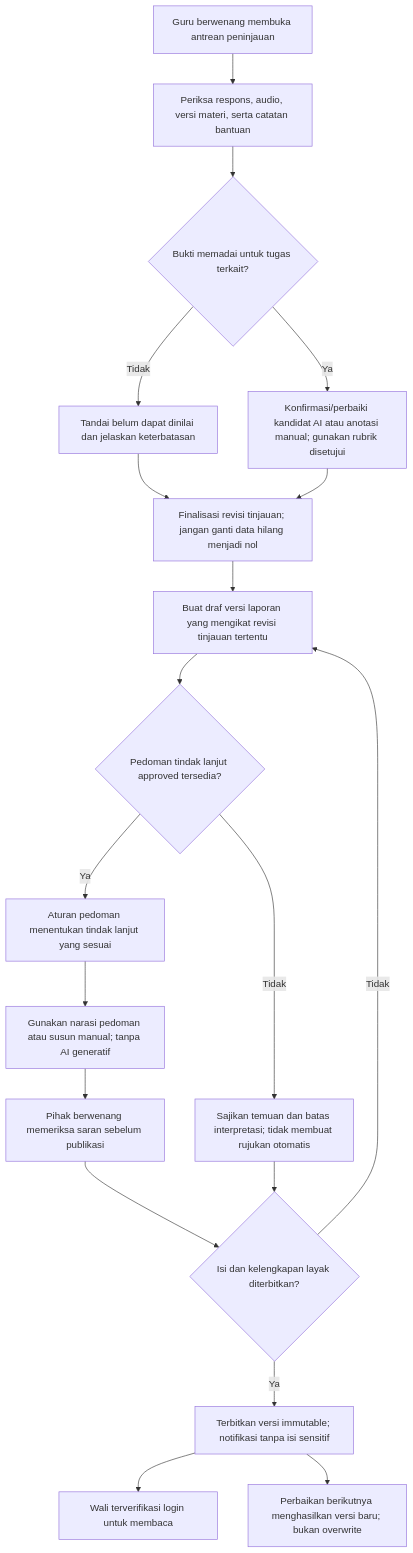
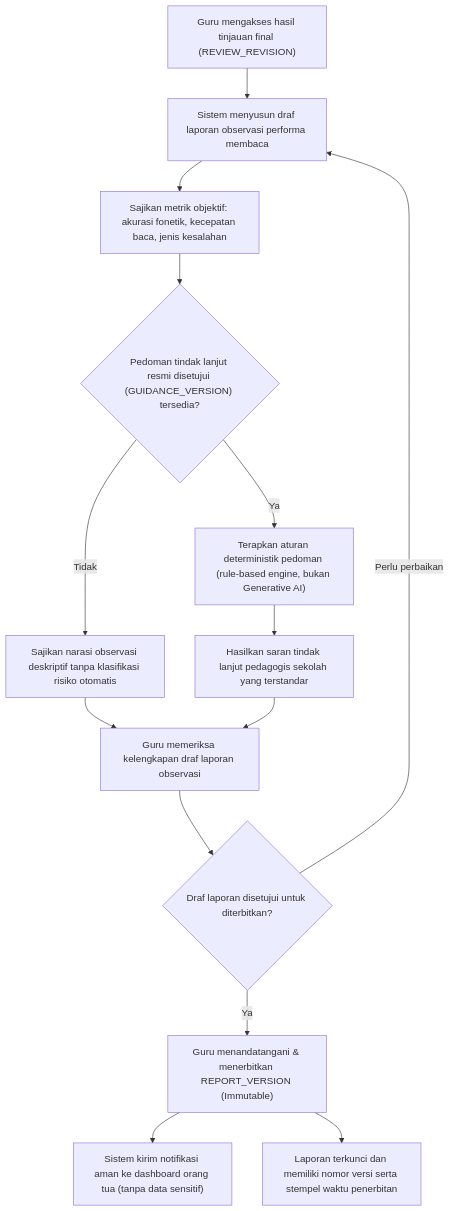
The fourth of 6 diagrams in Docs/Dyscovery-Workflow.md (jajakiman/Dyscovery), drawn with Mermaid before and after one commit. The commit also changed other lines of this file and 3 other files, not shown here.

Commit message:
docs: sinkronisasi arsitektur final dan modul petualangan gamifikasi v1.3

````diff
--- a/Docs/Dyscovery-Workflow.md
+++ b/Docs/Dyscovery-Workflow.md
@@ -108,21 +133,16 @@
 ```mermaid
 flowchart TD
-    A["Guru berwenang membuka antrean peninjauan"] --> B["Periksa respons, audio, versi materi, serta catatan bantuan"]
-    B --> C{"Bukti memadai untuk tugas terkait?"}
-    C -->|Tidak| D["Tandai belum dapat dinilai dan jelaskan keterbatasan"]
-    C -->|Ya| E["Konfirmasi/perbaiki kandidat AI atau anotasi manual; gunakan rubrik disetujui"]
-    D --> F["Finalisasi revisi tinjauan; jangan ganti data hilang menjadi nol"]
-    E --> F
-    F --> G["Buat draf versi laporan yang mengikat revisi tinjauan tertentu"]
-    G --> H{"Pedoman tindak lanjut approved tersedia?"}
-    H -->|Tidak| I["Sajikan temuan dan batas interpretasi; tidak membuat rujukan otomatis"]
-    H -->|Ya| J["Aturan pedoman menentukan tindak lanjut yang sesuai"]
-    J --> L["Gunakan narasi pedoman atau susun manual; tanpa AI generatif"]
-    L --> N["Pihak berwenang memeriksa saran sebelum publikasi"]
-    N --> O{"Isi dan kelengkapan layak diterbitkan?"}
-    I --> O
-    O -->|Tidak| G
-    O -->|Ya| P["Terbitkan versi immutable; notifikasi tanpa isi sensitif"]
-    P --> Q["Wali terverifikasi login untuk membaca"]
-    P --> R["Perbaikan berikutnya menghasilkan versi baru; bukan overwrite"]
+    A["Guru mengakses hasil tinjauan final (REVIEW_REVISION)"] --> B["Sistem menyusun draf laporan observasi performa membaca"]
+    B --> C["Sajikan metrik objektif: akurasi fonetik, kecepatan baca, jenis kesalahan"]
+    C --> D{"Pedoman tindak lanjut resmi disetujui (GUIDANCE_VERSION) tersedia?"}
+    D -->|Tidak| E["Sajikan narasi observasi deskriptif tanpa klasifikasi risiko otomatis"]
+    D -->|Ya| F["Terapkan aturan deterministik pedoman (rule-based engine, bukan Generative AI)"]
+    F --> G["Hasilkan saran tindak lanjut pedagogis sekolah yang terstandar"]
+    E --> H["Guru memeriksa kelengkapan draf laporan observasi"]
+    G --> H
+    H --> I{"Draf laporan disetujui untuk diterbitkan?"}
+    I -->|Perlu perbaikan| B
+    I -->|Ya| J["Guru menandatangani & menerbitkan REPORT_VERSION (Immutable)"]
+    J --> K["Sistem kirim notifikasi aman ke dashboard orang tua (tanpa data sensitif)"]
+    J --> L["Laporan terkunci dan memiliki nomor versi serta stempel waktu penerbitan"]
 ```
````
